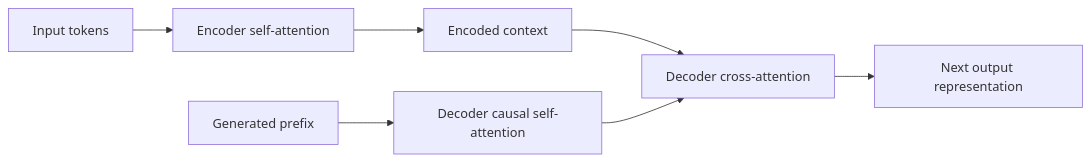
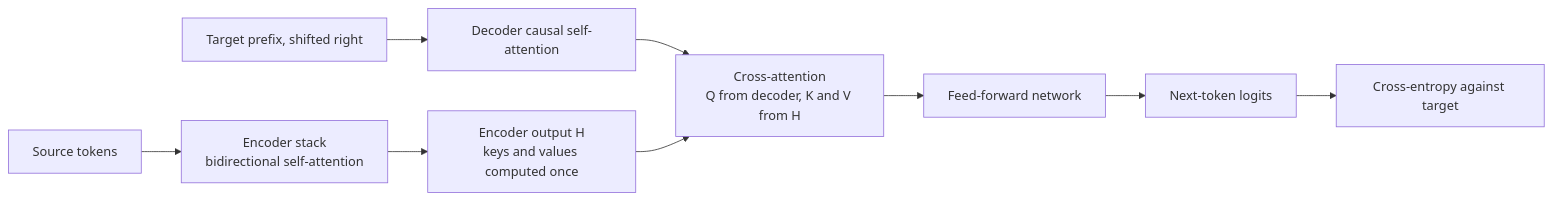
Before and after one commit to joydasss/Architect: the seventh of 17 diagrams in 16_AI_and_GenAI/CH10_Transformers_and_Attention.md, drawn with Mermaid. The commit also changed other lines of this file and 295 other files, not shown here.

````diff
--- a/16_AI_and_GenAI/CH10_Transformers_and_Attention.md
+++ b/16_AI_and_GenAI/CH10_Transformers_and_Attention.md
@@ -52,9 +551,11 @@
 ```mermaid
 flowchart LR
-    Input[Input tokens] --> Encoder[Encoder self-attention]
-    Encoder --> Encoded[Encoded context]
-    Encoded --> Cross[Decoder cross-attention]
-    OutputTokens[Generated prefix] --> Decoder[Decoder causal self-attention]
-    Decoder --> Cross
-    Cross --> Next[Next output representation]
+    SRC["Source tokens"] --> ENC["Encoder stack<br/>bidirectional self-attention"]
+    ENC --> HK["Encoder output H<br/>keys and values computed once"]
+    TGT["Target prefix, shifted right"] --> DSA["Decoder causal self-attention"]
+    DSA --> XA["Cross-attention<br/>Q from decoder, K and V from H"]
+    HK --> XA
+    XA --> DFF["Feed-forward network"]
+    DFF --> OUT["Next-token logits"]
+    OUT --> LOSS["Cross-entropy against target"]
 ```
````
